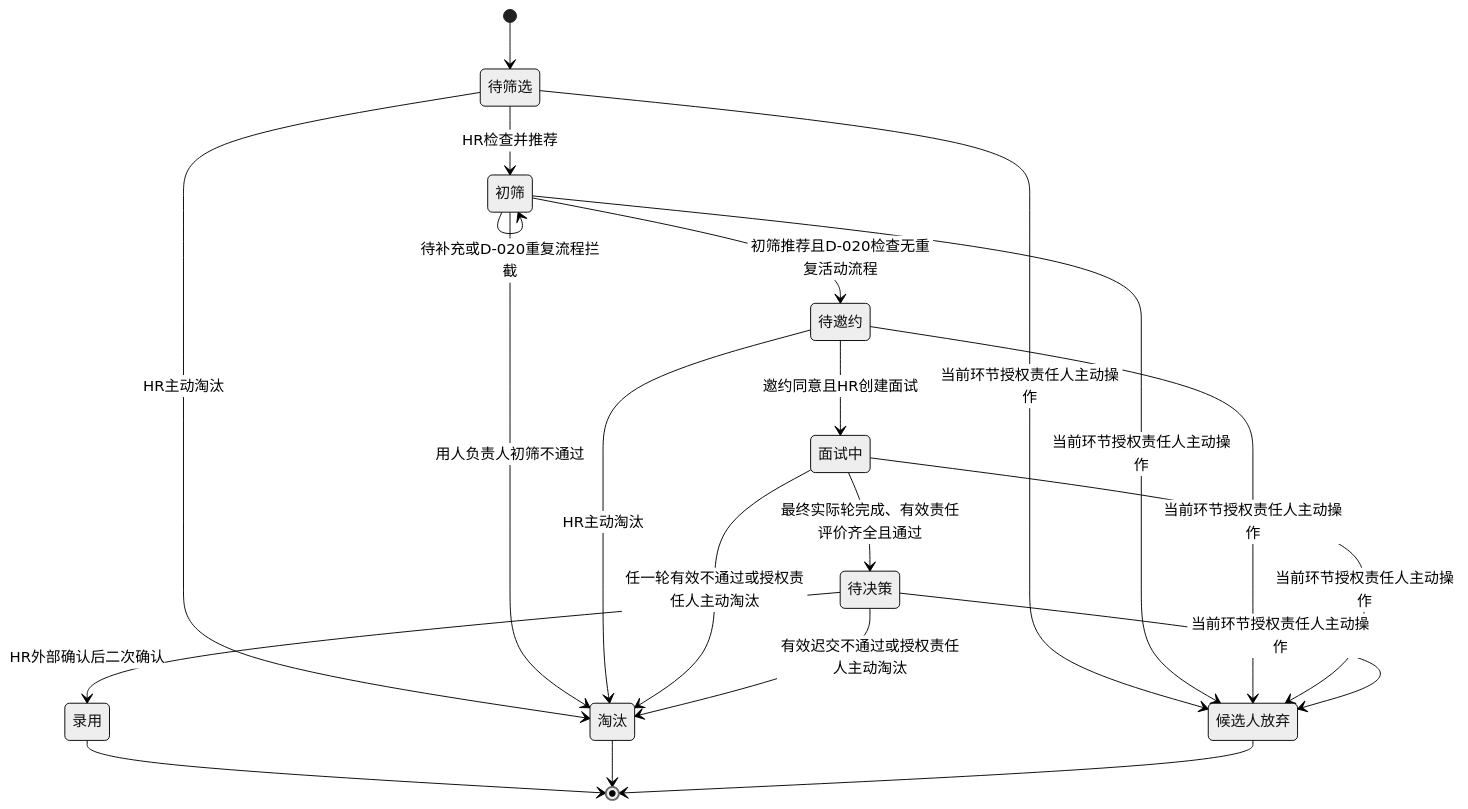
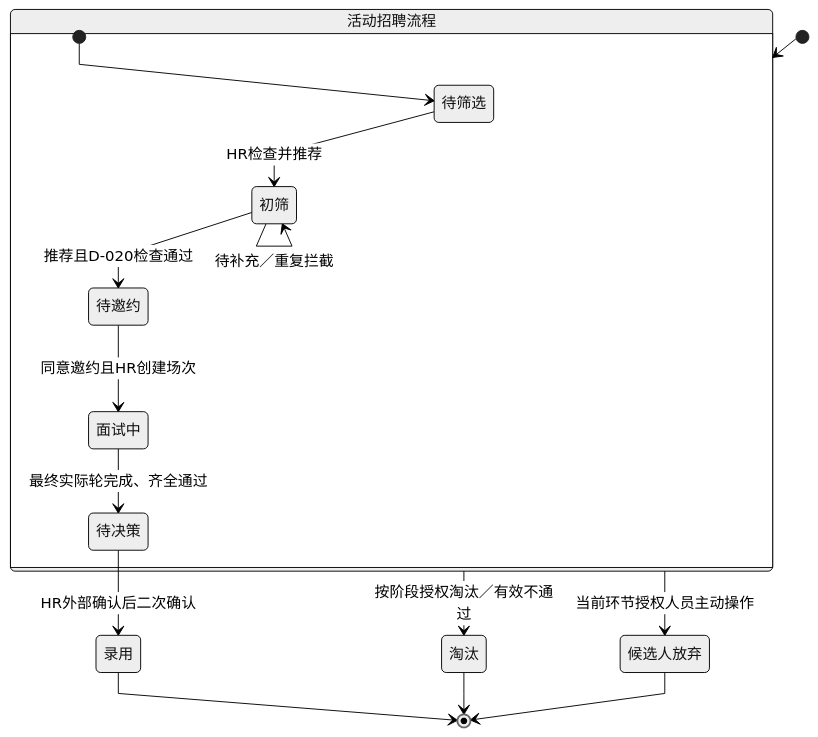
Before and after one commit to leidaibo-lab/pm-hrm: the seventh of 20 diagrams in docs/product/模块/招聘管理/业务流程与数据流转图.md, drawn with Mermaid (neutral theme). The commit also changed other lines of this file and 32 other files, not shown here.

Commit message:
docs(product): 收口招聘MVP需求并整合文档与图示

````diff
--- a/docs/product/模块/招聘管理/业务流程与数据流转图.md
+++ b/docs/product/模块/招聘管理/业务流程与数据流转图.md
@@ -122,31 +179,27 @@
 ```mermaid
+%%{init: {"flowchart":{"curve":"linear","nodeSpacing":30,"rankSpacing":45,"diagramPadding":16,"wrappingWidth":200},"sequence":{"mirrorActors":false,"actorMargin":45,"messageMargin":30,"noteMargin":12,"wrap":false},"er":{"diagramPadding":16,"minEntityWidth":130,"minEntityHeight":45}}}%%
 stateDiagram-v2
-    state "待筛选" as Screening
-    state "初筛" as Initial
-    state "待邀约" as Invitation
-    state "面试中" as Interviewing
-    state "待决策" as Deciding
+    state "活动招聘流程" as Active {
+        state "待筛选" as Screening
+        state "初筛" as Initial
+        state "待邀约" as Invitation
+        state "面试中" as Interviewing
+        state "待决策" as Deciding
+        [*] --> Screening
+        Screening --> Initial: HR检查并推荐
+        Initial --> Initial: 待补充／重复拦截
+        Initial --> Invitation: 推荐且D-020检查通过
+        Invitation --> Interviewing: 同意邀约且HR创建场次
+        Interviewing --> Deciding: 最终实际轮完成、齐全通过
+    }
     state "录用" as Hired
     state "淘汰" as Rejected
     state "候选人放弃" as Withdrawn
-    [*] --> Screening
-    Screening --> Initial: HR检查并推荐
-    Initial --> Initial: 待补充或D-020重复流程拦截
-    Initial --> Invitation: 初筛推荐且D-020检查无重复活动流程
-    Invitation --> Interviewing: 邀约同意且HR创建面试
-    Interviewing --> Deciding: 最终实际轮完成、有效责任评价齐全且通过
+    [*] --> Active
     Deciding --> Hired: HR外部确认后二次确认
-    Screening --> Rejected: HR主动淘汰
-    Initial --> Rejected: 用人负责人初筛不通过
-    Invitation --> Rejected: HR主动淘汰
-    Interviewing --> Rejected: 任一轮有效不通过或授权责任人主动淘汰
-    Deciding --> Rejected: 有效迟交不通过或授权责任人主动淘汰
-    Screening --> Withdrawn: 当前环节授权责任人主动操作
-    Initial --> Withdrawn: 当前环节授权责任人主动操作
-    Invitation --> Withdrawn: 当前环节授权责任人主动操作
-    Interviewing --> Withdrawn: 当前环节授权责任人主动操作
-    Deciding --> Withdrawn: 当前环节授权责任人主动操作
+    Active --> Rejected: 按阶段授权淘汰／有效不通过
+    Active --> Withdrawn: 当前环节授权人员主动操作
     Hired --> [*]
     Rejected --> [*]
     Withdrawn --> [*]
 ```
````
